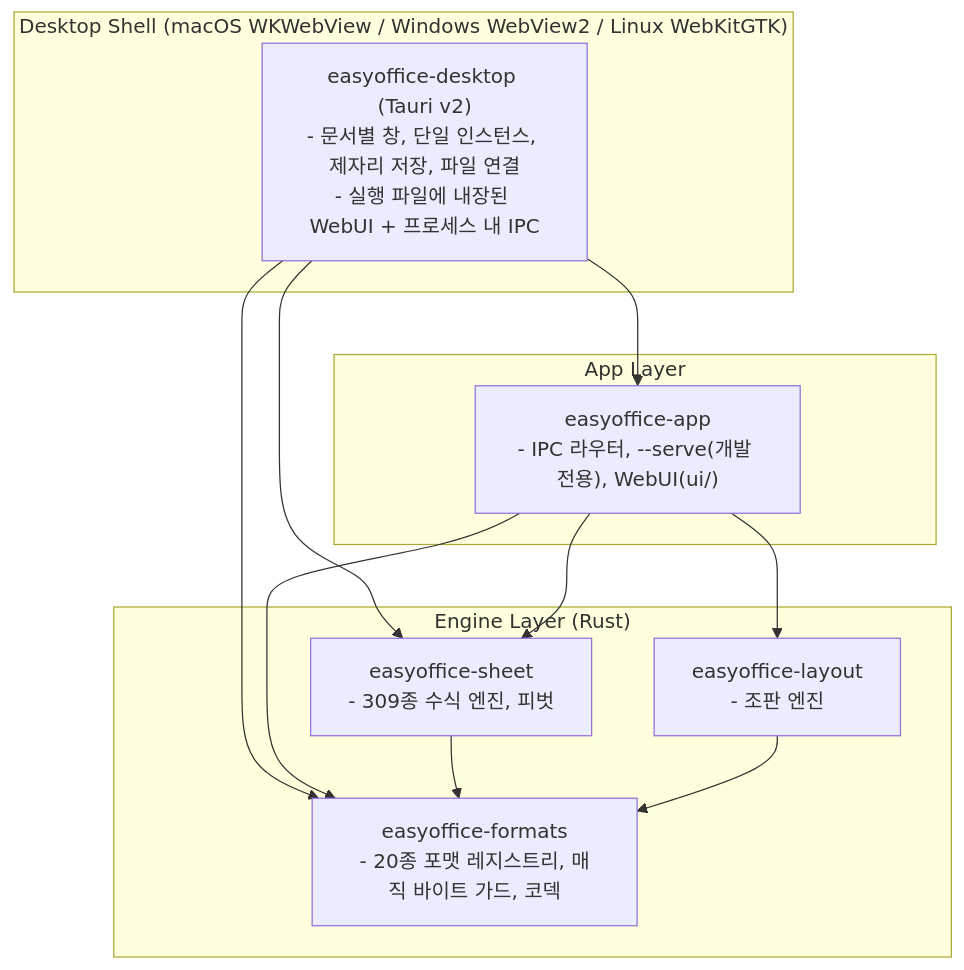
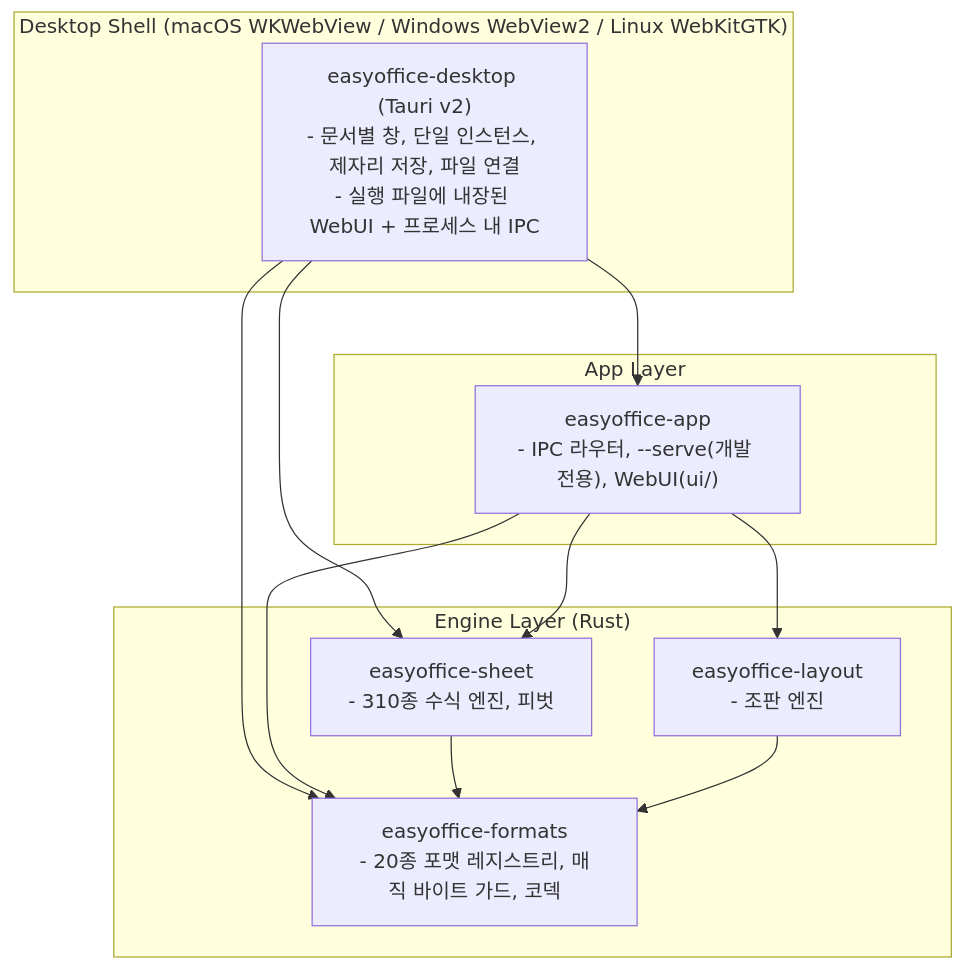
Before and after one commit to AquilaXk/easyoffice: the diagram in docs/architecture.md, drawn with Mermaid. The commit also changed 14 other files, not shown here.

````diff
--- a/docs/architecture.md
+++ b/docs/architecture.md
@@ -11,22 +11,22 @@
 ```mermaid
 flowchart TD
     subgraph ShellLayer["Desktop Shell (macOS WKWebView / Windows WebView2 / Linux WebKitGTK)"]
         Desktop["easyoffice-desktop (Tauri v2)\n- 문서별 창, 단일 인스턴스, 제자리 저장, 파일 연결\n- 실행 파일에 내장된 WebUI + 프로세스 내 IPC"]
     end
     subgraph AppLayer["App Layer"]
         App["easyoffice-app\n- IPC 라우터, --serve(개발 전용), WebUI(ui/)"]
     end
     subgraph CoreLayer["Engine Layer (Rust)"]
         Formats["easyoffice-formats\n- 20종 포맷 레지스트리, 매직 바이트 가드, 코덱"]
-        Sheet["easyoffice-sheet\n- 309종 수식 엔진, 피벗"]
+        Sheet["easyoffice-sheet\n- 310종 수식 엔진, 피벗"]
         Layout["easyoffice-layout\n- 조판 엔진"]
     end
     Desktop --> App
     Desktop --> Formats
     Desktop --> Sheet
     App --> Formats
     App --> Sheet
     App --> Layout
     Sheet --> Formats
     Layout --> Formats
 ```
````
